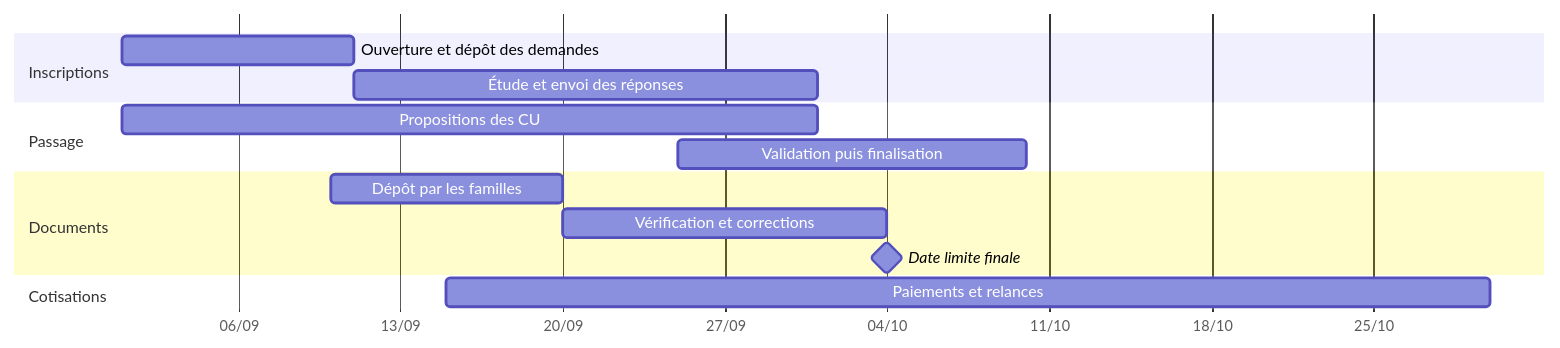
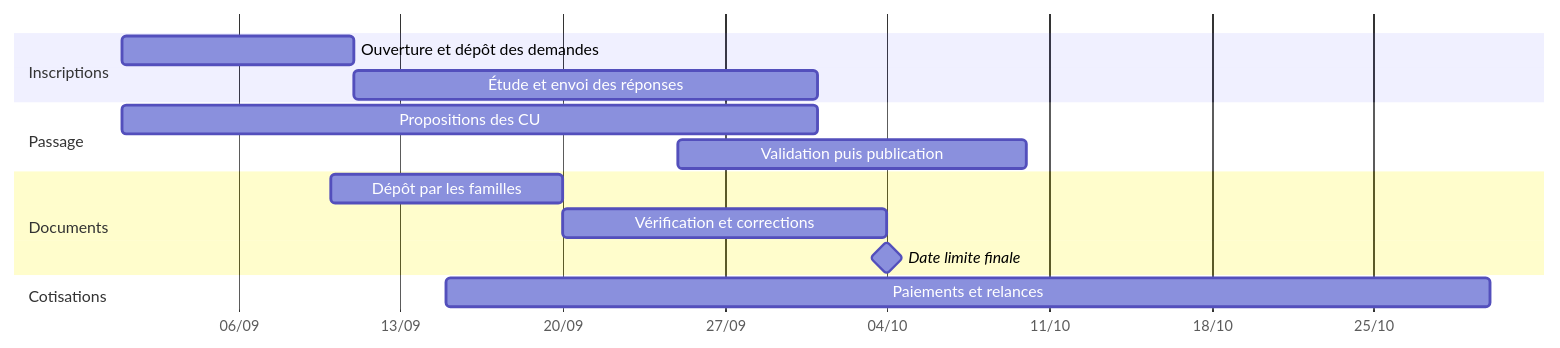
The first of 3 diagrams in docs/help/guide-chef-groupe.md (samerc/GNDJ_Gestion_Groupe), drawn with Mermaid before and after one commit. The commit also changed other lines of this file and 27 other files, not shown here.

````diff
--- a/docs/help/guide-chef-groupe.md
+++ b/docs/help/guide-chef-groupe.md
@@ -17,19 +17,19 @@
 ```mermaid
 gantt
     dateFormat YYYY-MM-DD
     axisFormat %d/%m
     tickInterval 1week
     todayMarker off
     section Inscriptions
     Ouverture et dépôt des demandes      :a1, 2026-09-01, 10d
     Étude et envoi des réponses          :a2, after a1, 20d
     section Passage
     Propositions des CU                  :b1, 2026-09-01, 30d
-    Validation puis finalisation         :b2, 2026-09-25, 15d
+    Validation puis publication          :b2, 2026-09-25, 15d
     section Documents
     Dépôt par les familles               :c1, 2026-09-10, 10d
     Vérification et corrections          :c2, after c1, 14d
     Date limite finale                   :milestone, 2026-10-04, 0d
     section Cotisations
     Paiements et relances                :d1, 2026-09-15, 45d
 ```
````
